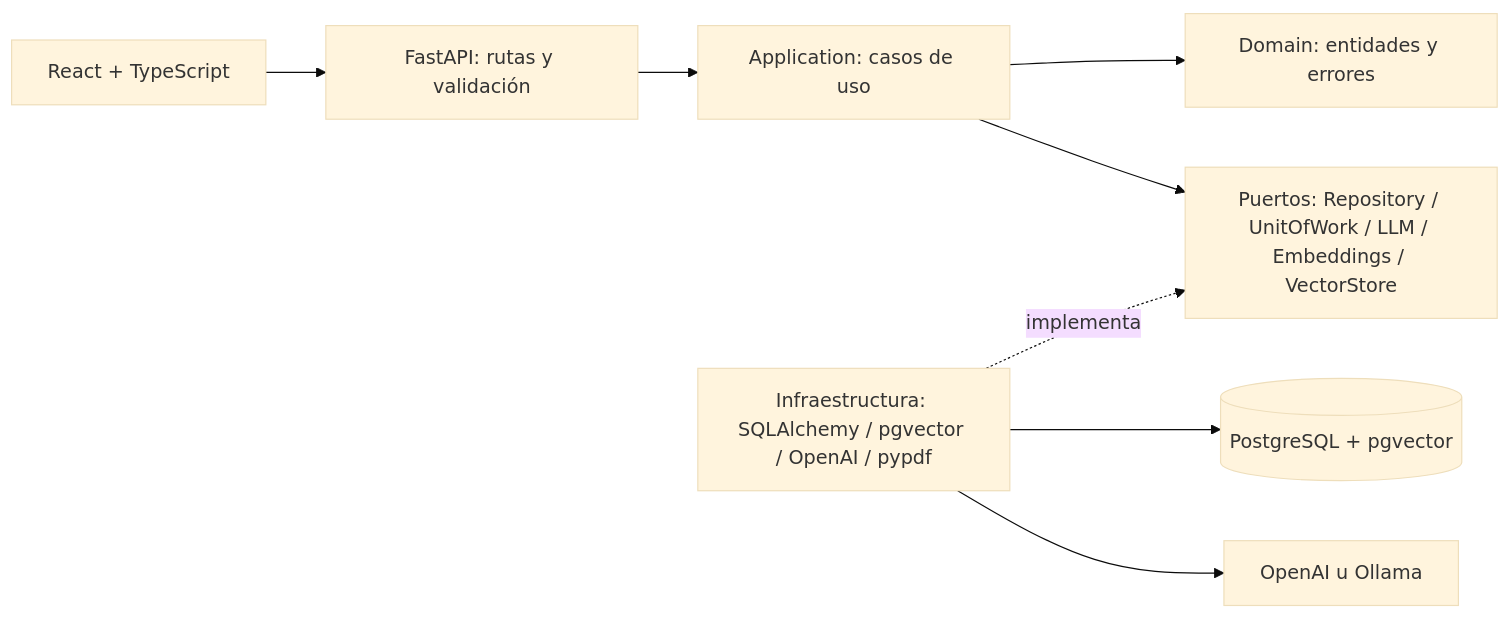
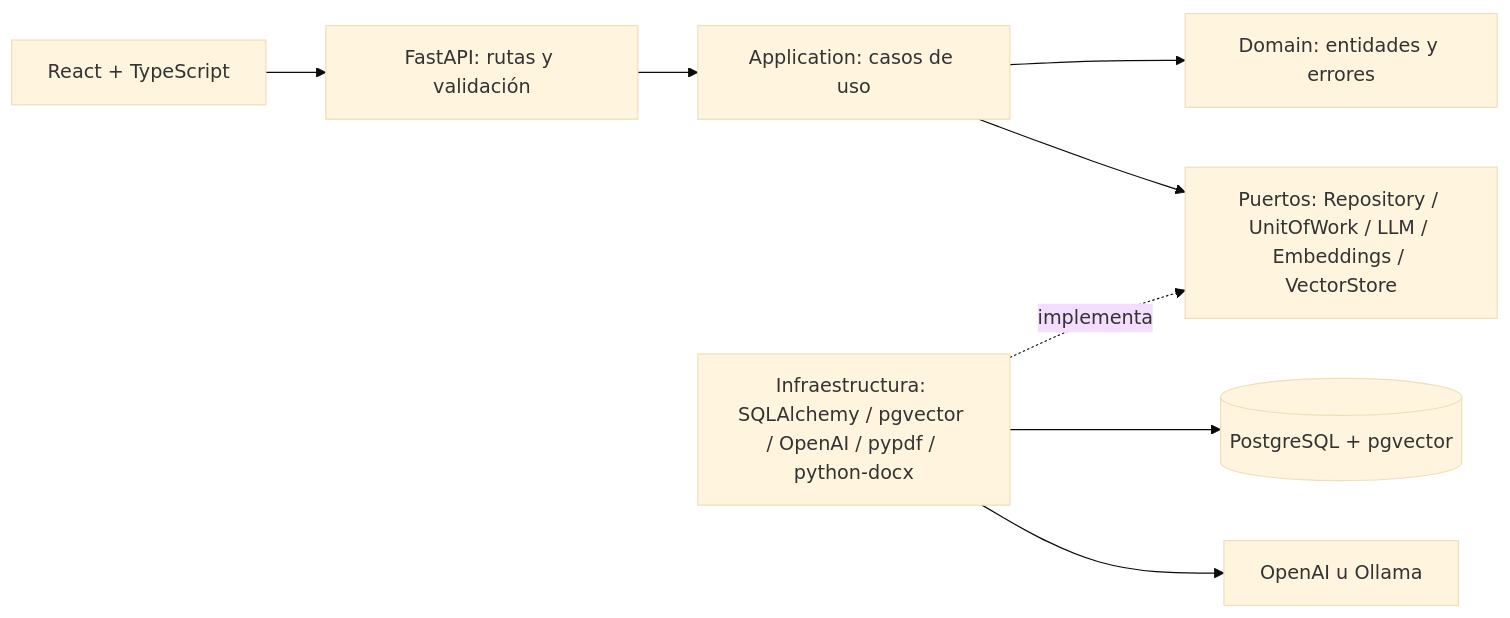
One commit to DanielToledo-99/pruebaContinental changed the diagram in README.md. Above: the diagram before and after it, drawn with Mermaid (base theme). The commit also changed other lines of this file and 12 other files, not shown here.

````diff
--- a/README.md
+++ b/README.md
@@ -24,10 +24,10 @@
 ```mermaid
 flowchart LR
     UI[React + TypeScript] --> API[FastAPI: rutas y validación]
     API --> UC[Application: casos de uso]
     UC --> D[Domain: entidades y errores]
     UC --> P[Puertos: Repository / UnitOfWork / LLM / Embeddings / VectorStore]
-    I[Infraestructura: SQLAlchemy / pgvector / OpenAI / pypdf] -. implementa .-> P
+    I[Infraestructura: SQLAlchemy / pgvector / OpenAI / pypdf / python-docx] -. implementa .-> P
     I --> DB[(PostgreSQL + pgvector)]
     I --> OA[OpenAI u Ollama]
 ```
````
